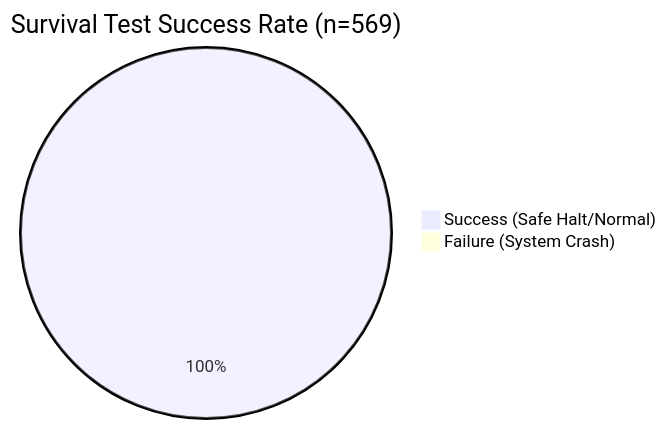
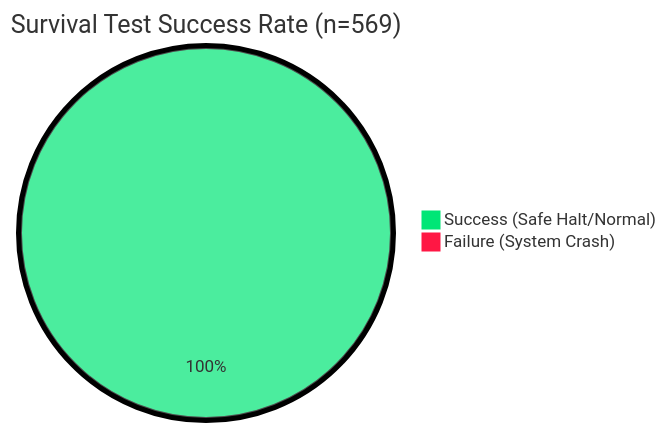
One commit to KG-NINJA/RealtimeEdgeCam changed the first of 2 diagrams in REFLEX_SURVIVAL_REPORT.md. Above: the diagram before and after it, drawn with Mermaid.

````diff
--- a/REFLEX_SURVIVAL_REPORT.md
+++ b/REFLEX_SURVIVAL_REPORT.md
@@ -26,5 +26,6 @@
 ```mermaid
+%%{init: {'theme': 'base', 'themeVariables': { 'pie1': '#00E676', 'pie2': '#FF1744', 'pieTxt': '#fff', 'pieStrokeWidth': '2px', 'pieOuterStrokeWidth': '5px' }}}%%
 pie title Survival Test Success Rate (n=569)
     "Success (Safe Halt/Normal)" : 569
     "Failure (System Crash)" : 0
 ```
````
